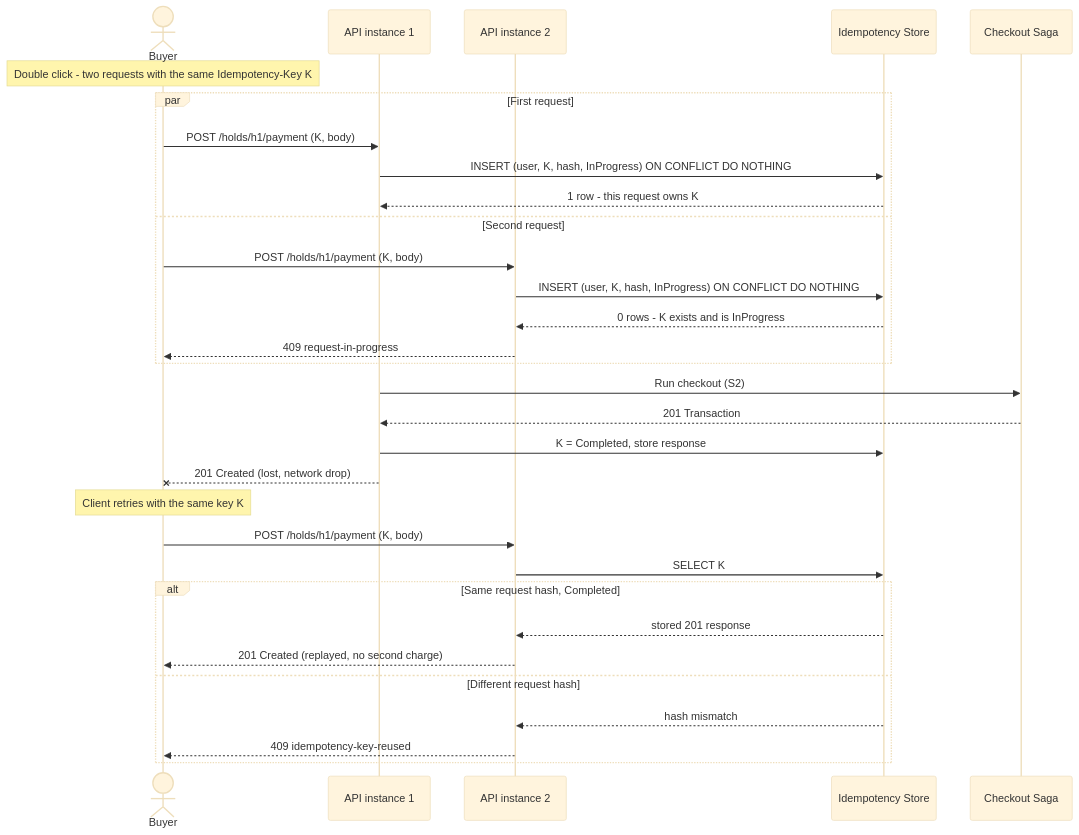
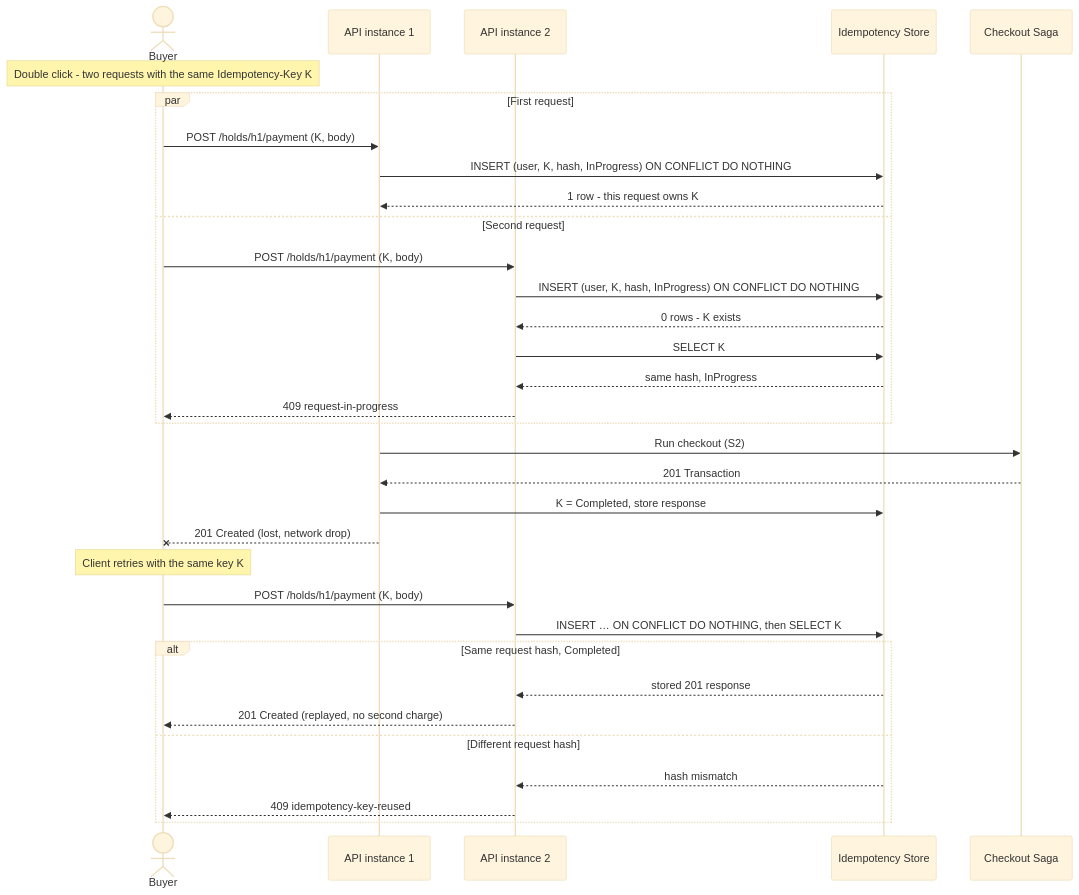
Before and after one commit to hrytsykvl/Ticketium: the third of 7 diagrams in docs/CONCURRENCY_PATTERNS.md, drawn with Mermaid (base theme). The commit also changed other lines of this file and 6 other files, not shown here.

````diff
--- a/docs/CONCURRENCY_PATTERNS.md
+++ b/docs/CONCURRENCY_PATTERNS.md
@@ -194,34 +257,36 @@
 ```mermaid
 sequenceDiagram
     actor Buyer
     participant API1 as API instance 1
     participant API2 as API instance 2
     participant IK as Idempotency Store
     participant Saga as Checkout Saga
 
     Note over Buyer: Double click - two requests with the same Idempotency-Key K
     par First request
         Buyer->>API1: POST /holds/h1/payment (K, body)
         API1->>IK: INSERT (user, K, hash, InProgress) ON CONFLICT DO NOTHING
         IK-->>API1: 1 row - this request owns K
     and Second request
         Buyer->>API2: POST /holds/h1/payment (K, body)
         API2->>IK: INSERT (user, K, hash, InProgress) ON CONFLICT DO NOTHING
-        IK-->>API2: 0 rows - K exists and is InProgress
+        IK-->>API2: 0 rows - K exists
+        API2->>IK: SELECT K
+        IK-->>API2: same hash, InProgress
         API2-->>Buyer: 409 request-in-progress
     end
     API1->>Saga: Run checkout (S2)
     Saga-->>API1: 201 Transaction
     API1->>IK: K = Completed, store response
     API1--xBuyer: 201 Created (lost, network drop)
     Note over Buyer: Client retries with the same key K
     Buyer->>API2: POST /holds/h1/payment (K, body)
-    API2->>IK: SELECT K
+    API2->>IK: INSERT … ON CONFLICT DO NOTHING, then SELECT K
     alt Same request hash, Completed
         IK-->>API2: stored 201 response
         API2-->>Buyer: 201 Created (replayed, no second charge)
     else Different request hash
         IK-->>API2: hash mismatch
         API2-->>Buyer: 409 idempotency-key-reused
     end
 ```
````
